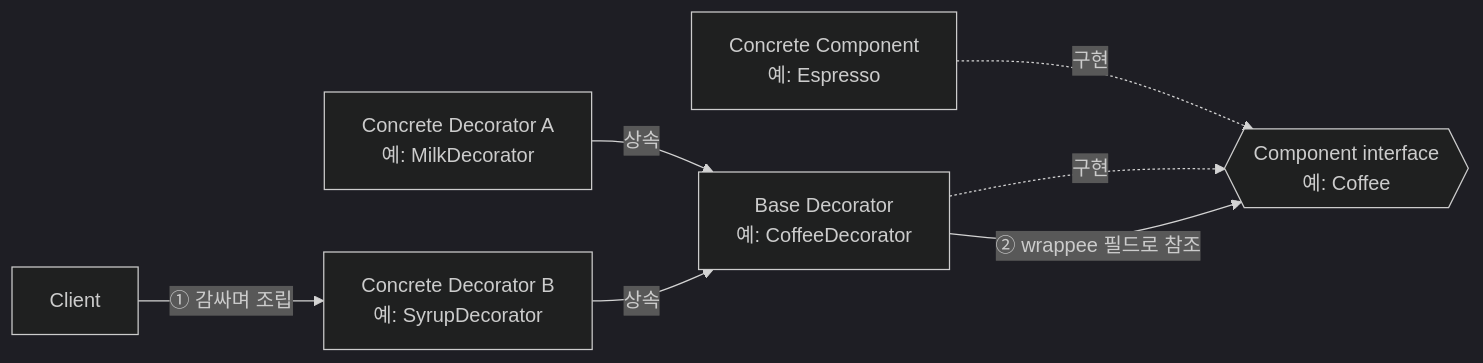
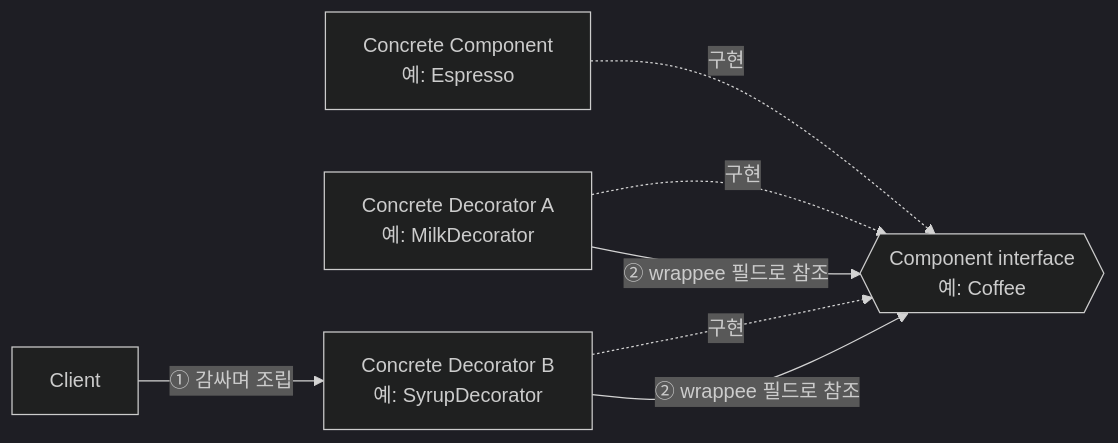
The first of 3 diagrams in 02_references/oop/design_pattern/structural/Decorator Pattern.md (youngmin-gwon/what-i-studied), drawn with Mermaid (dark theme) before and after one commit. The commit also changed other lines of this file and 5 other files, not shown here.

````diff
--- a/02_references/oop/design_pattern/structural/Decorator Pattern.md
+++ b/02_references/oop/design_pattern/structural/Decorator Pattern.md
@@ -34,16 +34,15 @@
 ```mermaid
 flowchart LR
     Client["Client"]
     Component{{"Component interface<br/>예: Coffee"}}
     ConcreteComponent["Concrete Component<br/>예: Espresso"]
-    BaseDecorator["Base Decorator<br/>예: CoffeeDecorator"]
     ConcreteDecoratorA["Concrete Decorator A<br/>예: MilkDecorator"]
     ConcreteDecoratorB["Concrete Decorator B<br/>예: SyrupDecorator"]
 
     Client -- "① 감싸며 조립" --> ConcreteDecoratorB
     ConcreteComponent -. 구현 .-> Component
-    BaseDecorator -. 구현 .-> Component
-    BaseDecorator -- "② wrappee 필드로 참조" --> Component
-    ConcreteDecoratorA -- 상속 --> BaseDecorator
-    ConcreteDecoratorB -- 상속 --> BaseDecorator
+    ConcreteDecoratorA -. 구현 .-> Component
+    ConcreteDecoratorB -. 구현 .-> Component
+    ConcreteDecoratorA -- "② wrappee 필드로 참조" --> Component
+    ConcreteDecoratorB -- "② wrappee 필드로 참조" --> Component
 ```
````
